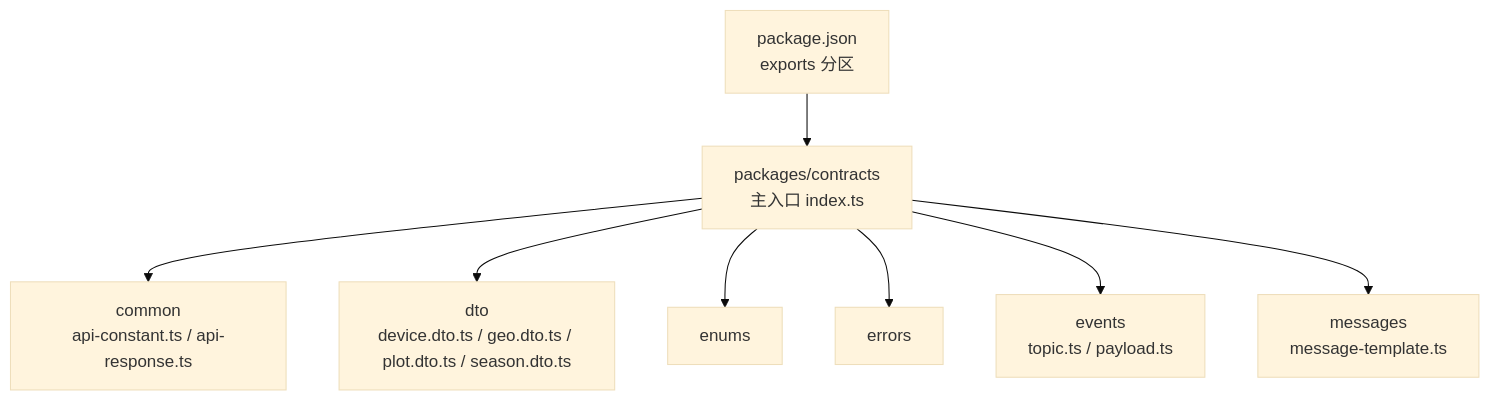
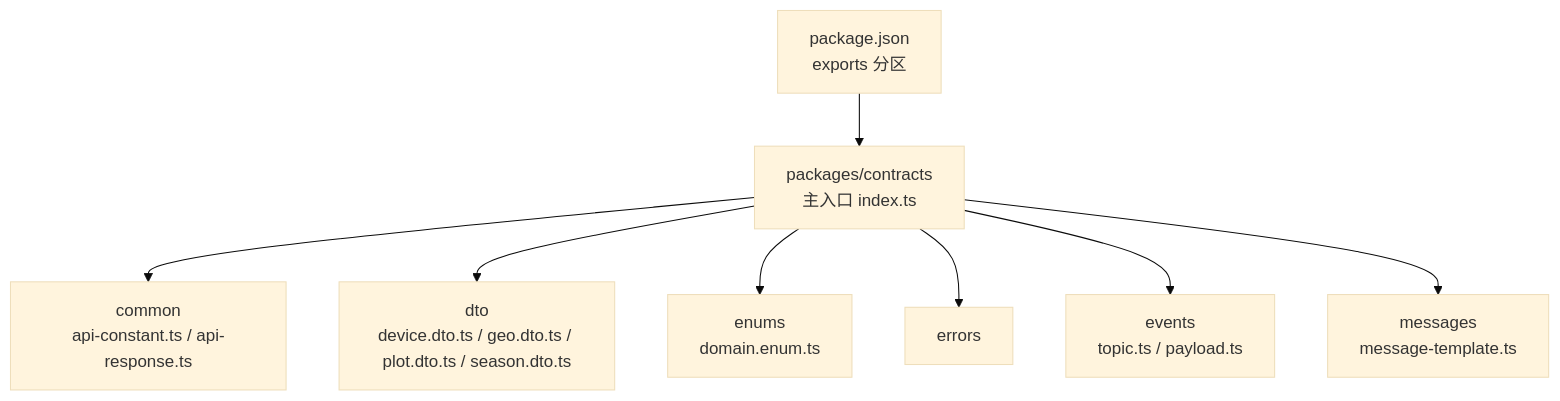
One commit to q446328246/agri-platform changed the first of 8 diagrams in .qoder/repowiki/zh/content/公共包文档/契约定义包 (@agri_contracts).md. Above: the diagram before and after it, drawn with Mermaid (base theme). The commit also changed other lines of this file and 15 other files, not shown here.

````diff
--- a/.qoder/repowiki/zh/content/公共包文档/契约定义包 (@agri_contracts).md
+++ b/.qoder/repowiki/zh/content/公共包文档/契约定义包 (@agri_contracts).md
@@ -49,10 +51,10 @@
 ```mermaid
 graph TB
 A["packages/contracts<br/>主入口 index.ts"] --> B["common<br/>api-constant.ts / api-response.ts"]
 A --> C["dto<br/>device.dto.ts / geo.dto.ts / plot.dto.ts / season.dto.ts"]
-A --> D["enums"]
+A --> D["enums<br/>domain.enum.ts"]
 A --> E["errors"]
 A --> F["events<br/>topic.ts / payload.ts"]
 A --> G["messages<br/>message-template.ts"]
 H["package.json<br/>exports 分区"] --> A
 ```
````
